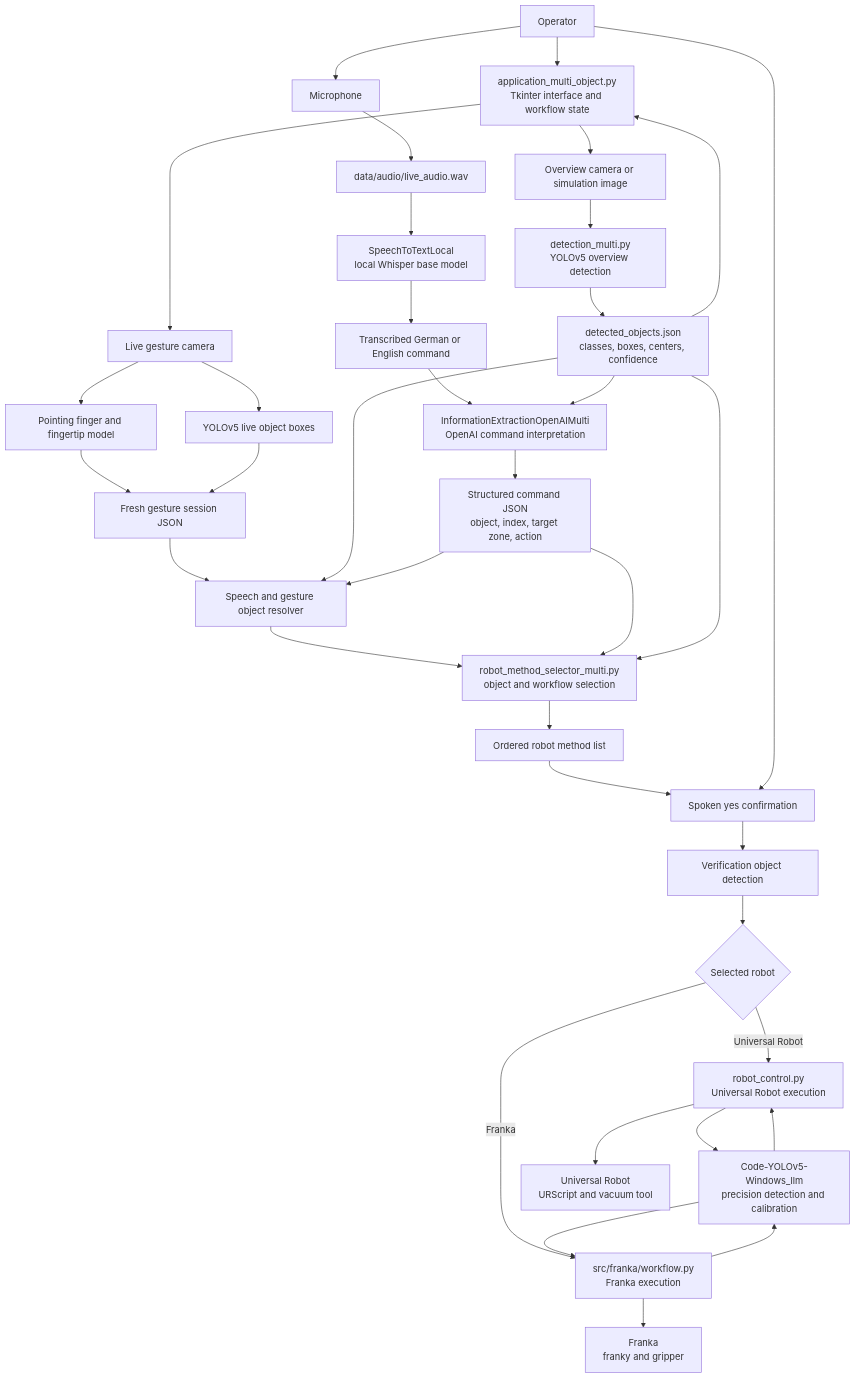
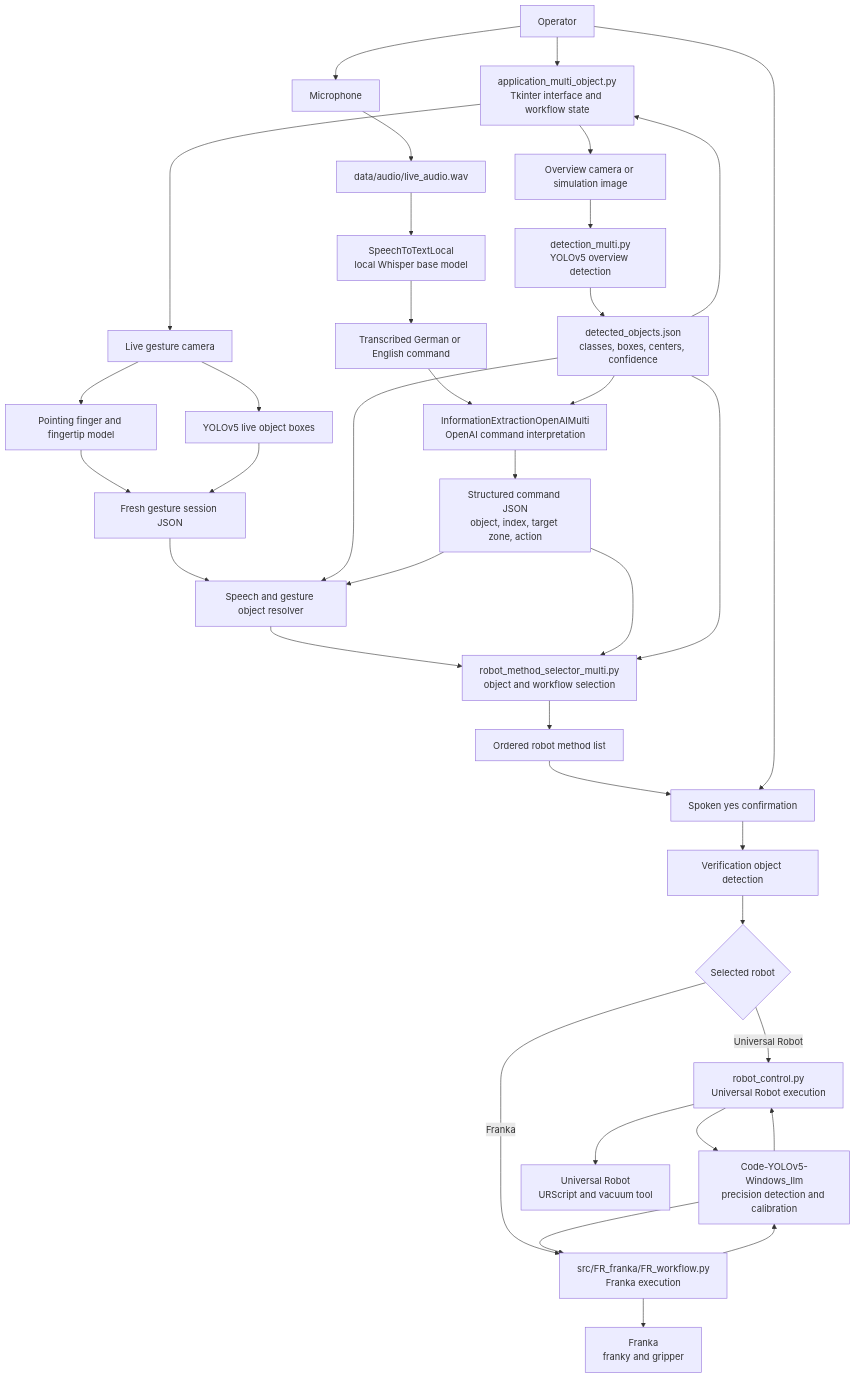
One commit to Gaurang8200/MASTER_THESIS changed the first of 9 diagrams in UR_Audio_Steuerung_Using_LLM/ARCHITECTURE.md. Above: the diagram before and after it, drawn with Mermaid. The commit also changed other lines of this file and 107 other files, not shown here.

````diff
--- a/UR_Audio_Steuerung_Using_LLM/ARCHITECTURE.md
+++ b/UR_Audio_Steuerung_Using_LLM/ARCHITECTURE.md
@@ -19,66 +19,66 @@
 ```mermaid
 flowchart TD
     Operator["Operator"]
     GUI["application_multi_object.py<br/>Tkinter interface and workflow state"]
     OverviewCamera["Overview camera or simulation image"]
     Detection["detection_multi.py<br/>YOLOv5 overview detection"]
     DetectionData["detected_objects.json<br/>classes, boxes, centers, confidence"]
     Microphone["Microphone"]
     Audio["data/audio/live_audio.wav"]
     Whisper["SpeechToTextLocal<br/>local Whisper base model"]
     Transcript["Transcribed German or English command"]
     OpenAI["InformationExtractionOpenAIMulti<br/>OpenAI command interpretation"]
     Command["Structured command JSON<br/>object, index, target zone, action"]
     GestureCamera["Live gesture camera"]
     GestureModel["Pointing finger and fingertip model"]
     LiveObjects["YOLOv5 live object boxes"]
     GestureResult["Fresh gesture session JSON"]
     Resolver["Speech and gesture object resolver"]
     Confirmation["Spoken yes confirmation"]
     Selector["robot_method_selector_multi.py<br/>object and workflow selection"]
     Methods["Ordered robot method list"]
     Verification["Verification object detection"]
     RobotChoice{"Selected robot"}
     URControl["robot_control.py<br/>Universal Robot execution"]
-    FrankaControl["src/franka/workflow.py<br/>Franka execution"]
+    FrankaControl["src/FR_franka/FR_workflow.py<br/>Franka execution"]
     LegacyVision["Code-YOLOv5-Windows_llm<br/>precision detection and calibration"]
     URRobot["Universal Robot<br/>URScript and vacuum tool"]
     FrankaRobot["Franka<br/>franky and gripper"]
 
     Operator --> GUI
     GUI --> OverviewCamera
     OverviewCamera --> Detection
     Detection --> DetectionData
     DetectionData --> GUI
     Operator --> Microphone
     Microphone --> Audio
     Audio --> Whisper
     Whisper --> Transcript
     Transcript --> OpenAI
     DetectionData --> OpenAI
     OpenAI --> Command
     GUI --> GestureCamera
     GestureCamera --> GestureModel
     GestureCamera --> LiveObjects
     GestureModel --> GestureResult
     LiveObjects --> GestureResult
     GestureResult --> Resolver
     DetectionData --> Resolver
     Command --> Resolver
     Resolver --> Selector
     Command --> Selector
     DetectionData --> Selector
     Selector --> Methods
     Methods --> Confirmation
     Operator --> Confirmation
     Confirmation --> Verification
     Verification --> RobotChoice
     RobotChoice -->|"Universal Robot"| URControl
     RobotChoice -->|"Franka"| FrankaControl
     URControl --> LegacyVision
     FrankaControl --> LegacyVision
     LegacyVision --> URControl
     LegacyVision --> FrankaControl
     URControl --> URRobot
     FrankaControl --> FrankaRobot
 ```
````
